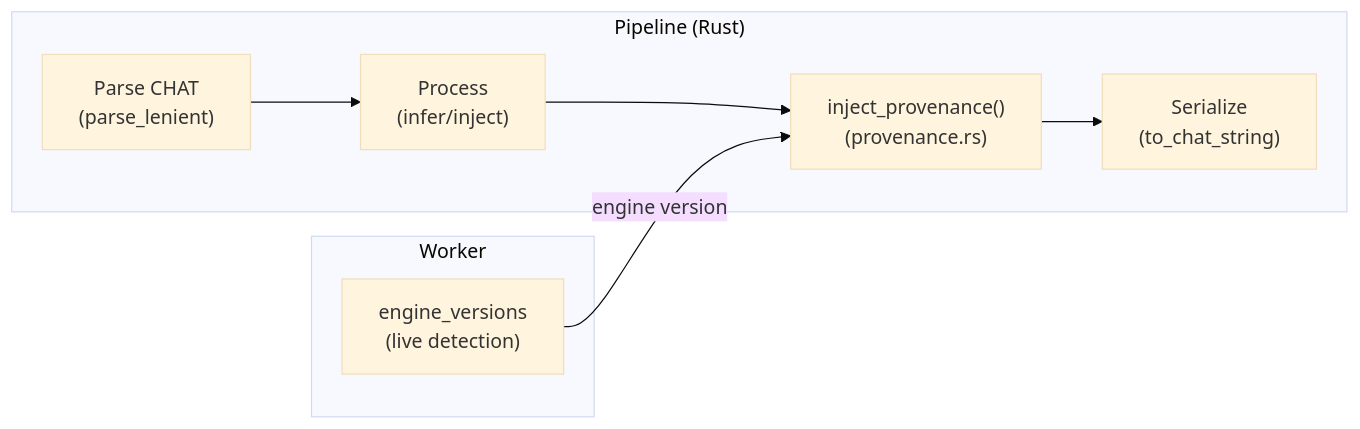
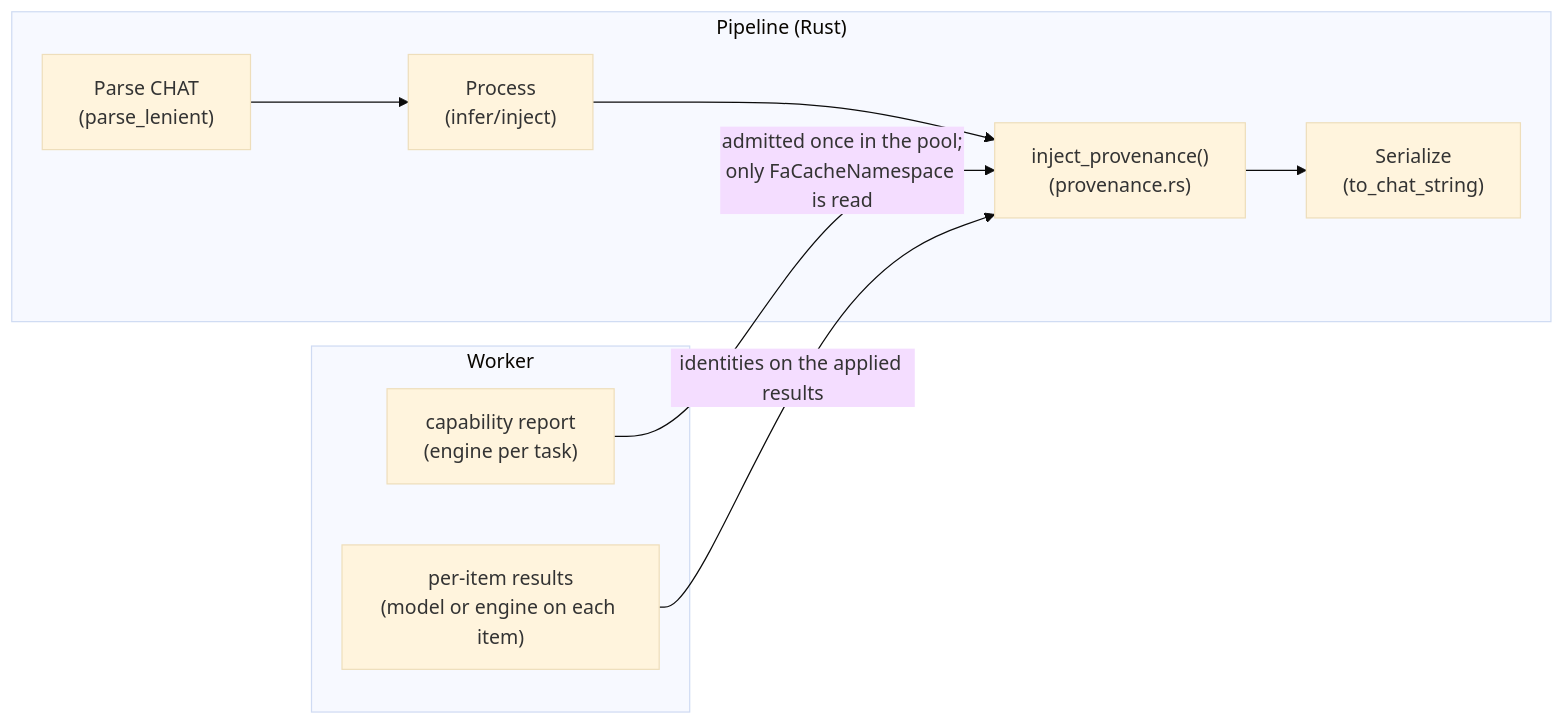
The diagram in book/src/batchalign/architecture/provenance.md (FranklinChen/talkbank-tools), drawn with Mermaid (base theme) before and after one commit. The commit also changed other lines of this file and 472 other files, not shown here.

````diff
--- a/book/src/batchalign/architecture/provenance.md
+++ b/book/src/batchalign/architecture/provenance.md
@@ -14,12 +14,14 @@
 ```mermaid
 flowchart LR
     subgraph "Pipeline (Rust)"
         A["Parse CHAT\n(parse_lenient)"] --> B["Process\n(infer/inject)"]
         B --> C["inject_provenance()\n(provenance.rs)"]
         C --> D["Serialize\n(to_chat_string)"]
     end
     subgraph "Worker"
-        W["engine_versions\n(live detection)"]
+        W["capability report\n(engine per task)"]
+        R["per-item results\n(model or engine on each item)"]
     end
-    W -->|"engine version"| C
+    W -->|"admitted once in the pool;\nonly FaCacheNamespace is read"| C
+    R -->|"identities on the applied results"| C
 ```
````
